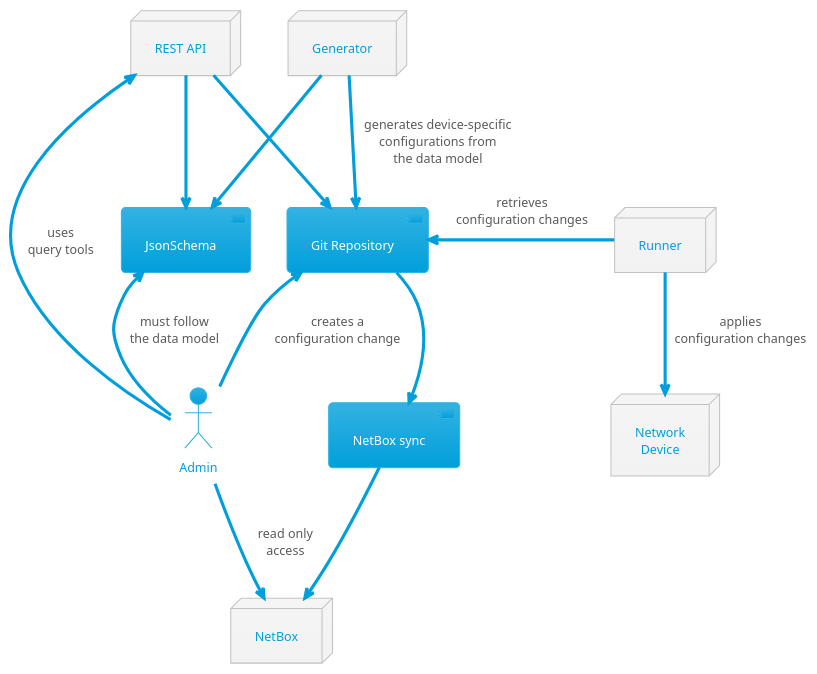
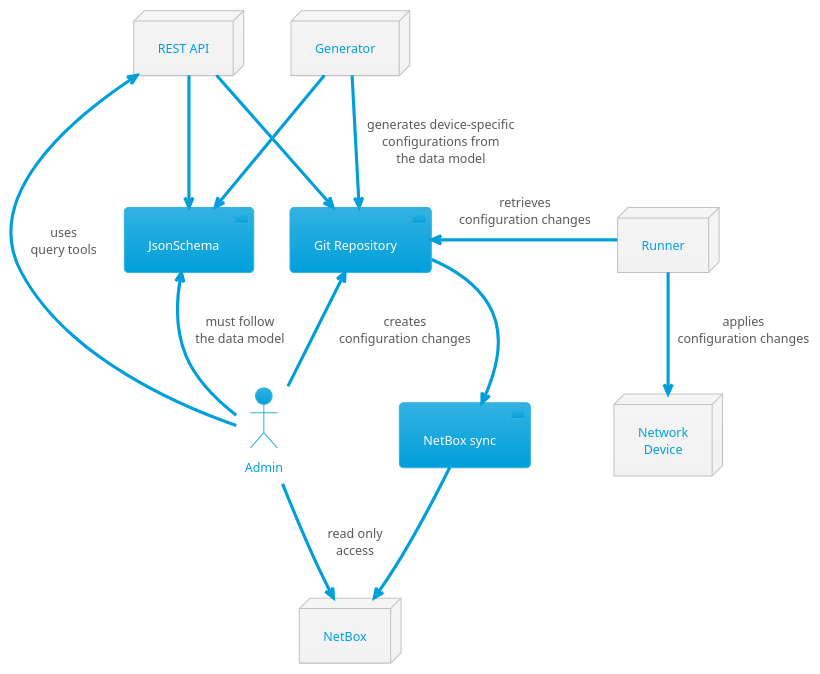
One commit to rwxd/netauto-git-sot changed the diagram in docs/structure.puml. Above: the diagram before and after it, drawn with PlantUML. The commit also changed 1 other file, not shown here.

```diff
--- a/docs/structure.puml
+++ b/docs/structure.puml
@@ -1,33 +1,33 @@
 @startuml name Git as Source of Truth
 
 !theme bluegray
 skinparam DefaultTextAlignment center
 skinparam BackgroundColor White
 skinparam Dpi 100
 
 node RESTAPI as "REST API"
 component Syncer as "NetBox sync"
 node NetBox
 ' node Topology as "Topology\nMaker"
 node Generator
 component Repository as "Git Repository"
 node Runner
 node NetworkDevice as "Network\nDevice"
 component JsonSchema
 actor Admin
 
 Generator -down-> JsonSchema
 Generator -down-> Repository: generates device-specific\nconfigurations from\nthe data model
 RESTAPI --> JsonSchema
 RESTAPI -right-> Repository
 Repository -down-> Syncer
 Syncer -down-> NetBox
 ' Topology -up-> RESTAPI
 ' Admin -right-> Topology: views\ntopology diagrams
 Admin -up-> JsonSchema: must follow\nthe data model
-Admin -up-> Repository: creates a\nconfiguration change
+Admin -up-> Repository: creates\nconfiguration changes
 Admin -up-> RESTAPI: uses\nquery tools
 Admin -right-> NetBox: read only\naccess
 Runner -right-> Repository: retrieves\nconfiguration changes
 Runner -down-> NetworkDevice: applies\nconfiguration changes
 @enduml
```
